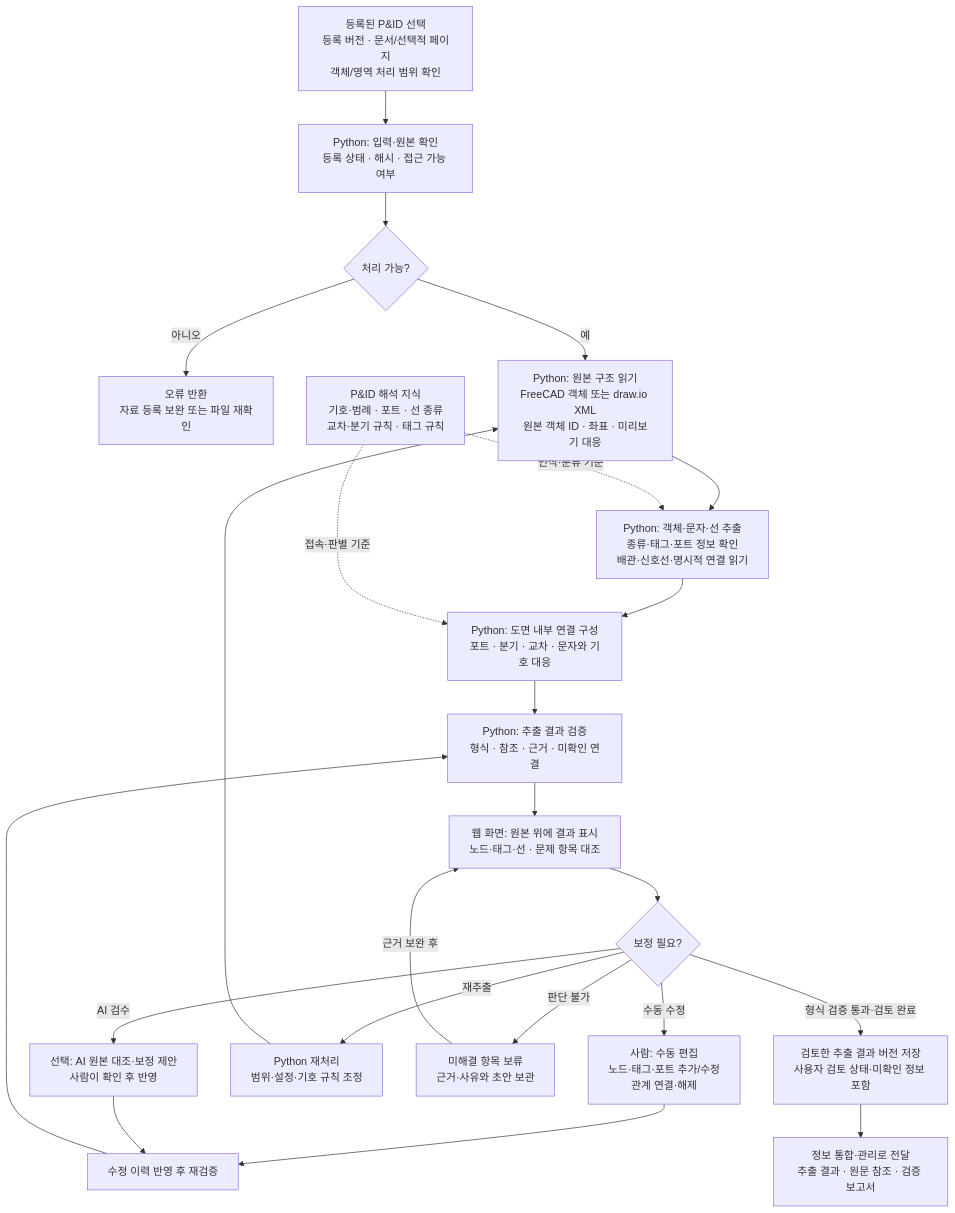
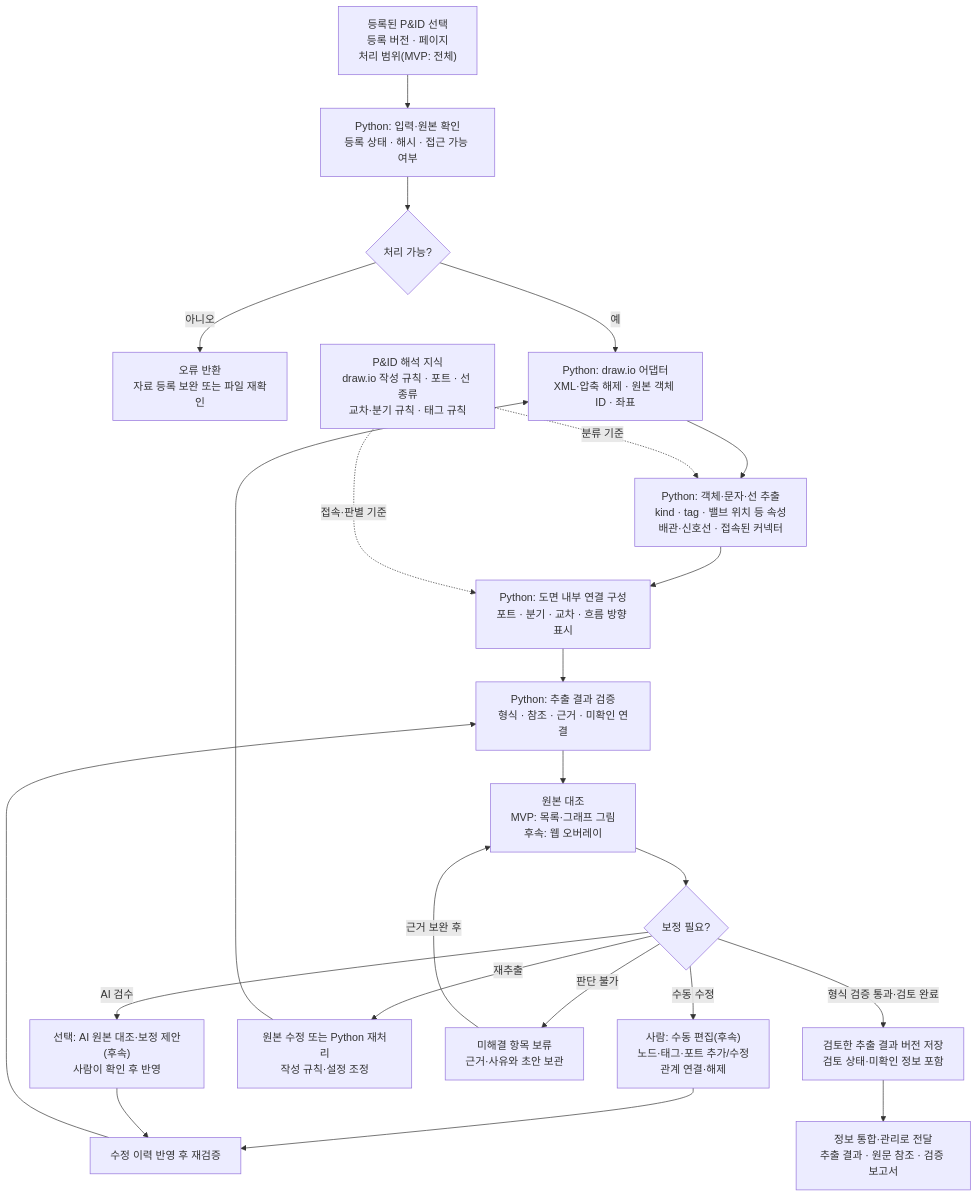
One commit to ReoDe/HAZOP changed the diagram in flow chart/02-extraction.md. Above: the diagram before and after it, drawn with Mermaid. The commit also changed other lines of this file and 17 other files, not shown here.

First line of the commit message:
Apply review: PSA purpose, MVP vertical slice, draw.io-only, memory log

````diff
--- a/flow chart/02-extraction.md
+++ b/flow chart/02-extraction.md
@@ -14,33 +14,33 @@
 ```mermaid
 flowchart TB
-    A["등록된 P&ID 선택<br/>등록 버전 · 문서/선택적 페이지<br/>객체/영역 처리 범위 확인"]
+    A["등록된 P&ID 선택<br/>등록 버전 · 페이지<br/>처리 범위(MVP: 전체)"]
     B["Python: 입력·원본 확인<br/>등록 상태 · 해시 · 접근 가능 여부"]
     C{"처리 가능?"}
     X["오류 반환<br/>자료 등록 보완 또는 파일 재확인"]
-    D["Python: 원본 구조 읽기<br/>FreeCAD 객체 또는 draw.io XML<br/>원본 객체 ID · 좌표 · 미리보기 대응"]
-    E["Python: 객체·문자·선 추출<br/>종류·태그·포트 정보 확인<br/>배관·신호선·명시적 연결 읽기"]
-    F["Python: 도면 내부 연결 구성<br/>포트 · 분기 · 교차 · 문자와 기호 대응"]
+    D["Python: draw.io 어댑터<br/>XML·압축 해제 · 원본 객체 ID · 좌표"]
+    E["Python: 객체·문자·선 추출<br/>kind · tag · 밸브 위치 등 속성<br/>배관·신호선 · 접속된 커넥터"]
+    F["Python: 도면 내부 연결 구성<br/>포트 · 분기 · 교차 · 흐름 방향 표시"]
     G["Python: 추출 결과 검증<br/>형식 · 참조 · 근거 · 미확인 연결"]
-    H["웹 화면: 원본 위에 결과 표시<br/>노드·태그·선 · 문제 항목 대조"]
+    H["원본 대조<br/>MVP: 목록·그래프 그림<br/>후속: 웹 오버레이"]
     I{"보정 필요?"}
-    J["사람: 수동 편집<br/>노드·태그·포트 추가/수정<br/>관계 연결·해제"]
-    K["선택: AI 원본 대조·보정 제안<br/>사람이 확인 후 반영"]
-    L["Python 재처리<br/>범위·설정·기호 규칙 조정"]
+    J["사람: 수동 편집(후속)<br/>노드·태그·포트 추가/수정<br/>관계 연결·해제"]
+    K["선택: AI 원본 대조·보정 제안(후속)<br/>사람이 확인 후 반영"]
+    L["원본 수정 또는 Python 재처리<br/>작성 규칙·설정 조정"]
     M["수정 이력 반영 후 재검증"]
     N["미해결 항목 보류<br/>근거·사유와 초안 보관"]
-    O["검토한 추출 결과 버전 저장<br/>사용자 검토 상태·미확인 정보 포함"]
+    O["검토한 추출 결과 버전 저장<br/>검토 상태·미확인 정보 포함"]
     P["정보 통합·관리로 전달<br/>추출 결과 · 원문 참조 · 검증 보고서"]
-    R["P&ID 해석 지식<br/>기호·범례 · 포트 · 선 종류<br/>교차·분기 규칙 · 태그 규칙"]
+    R["P&ID 해석 지식<br/>draw.io 작성 규칙 · 포트 · 선 종류<br/>교차·분기 규칙 · 태그 규칙"]
 
     A --> B --> C
     C -- "아니오" --> X
     C -- "예" --> D --> E --> F --> G --> H --> I
-    R -. "인식·분류 기준" .-> E
+    R -. "분류 기준" .-> E
     R -. "접속·판별 기준" .-> F
     I -- "수동 수정" --> J --> M --> G
     I -- "AI 검수" --> K --> M
     I -- "재추출" --> L --> D
     I -- "판단 불가" --> N
     N -- "근거 보완 후" --> H
     I -- "형식 검증 통과·검토 완료" --> O --> P
 ```
````
